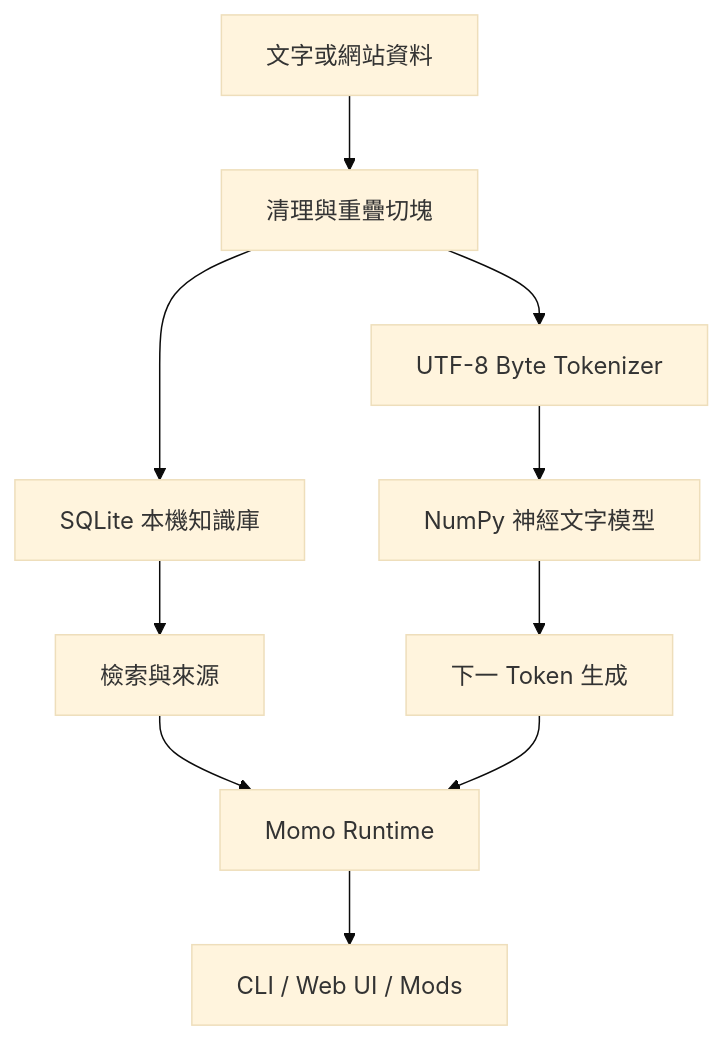
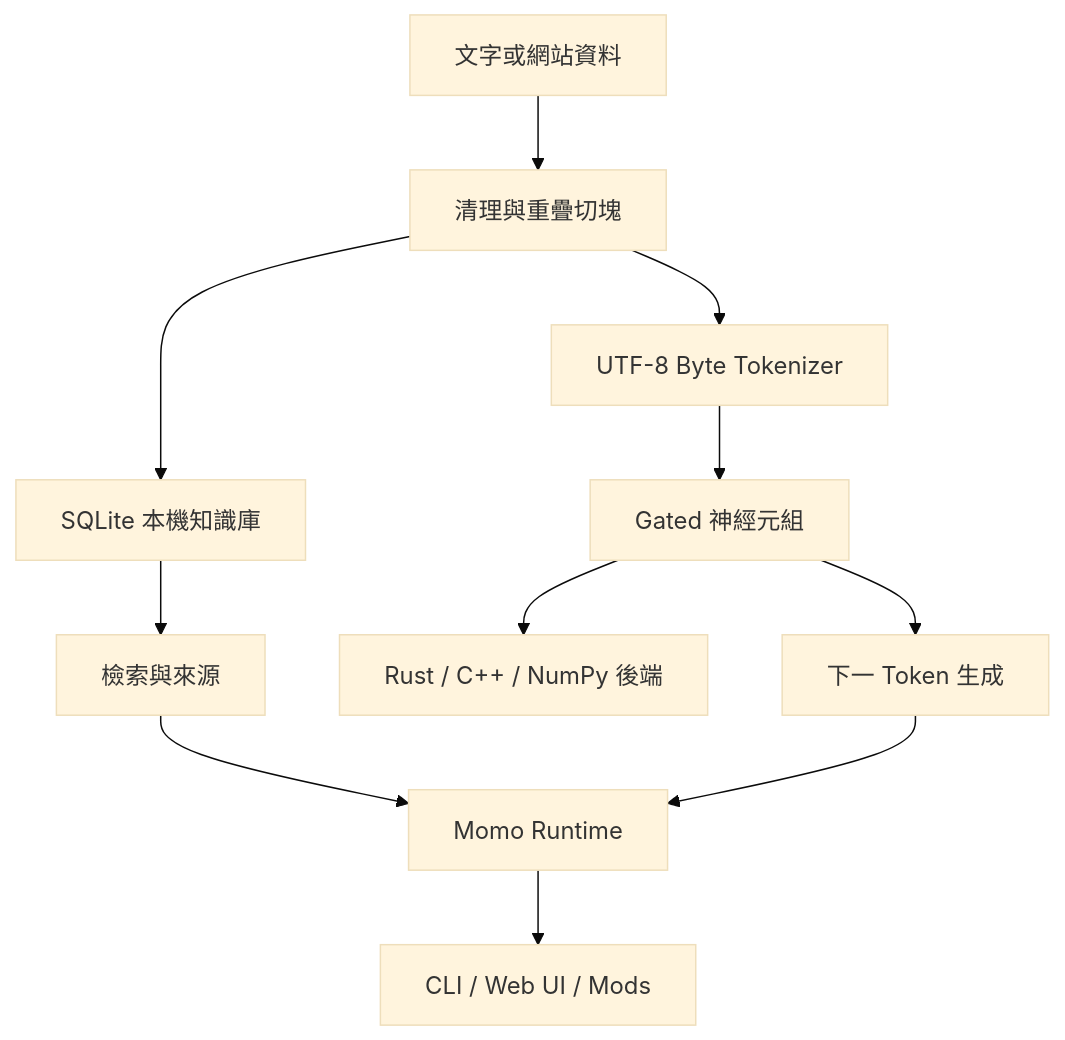
Before and after one commit to YanagiKH/Momo-LM: the diagram in README.md, drawn with Mermaid (base theme). The commit also changed other lines of this file and 37 other files, not shown here.

````diff
--- a/README.md
+++ b/README.md
@@ -226,12 +261,13 @@
 ```mermaid
 flowchart TD
     A["文字或網站資料"] --> B["清理與重疊切塊"]
     B --> C["SQLite 本機知識庫"]
     B --> D["UTF-8 Byte Tokenizer"]
-    D --> E["NumPy 神經文字模型"]
+    D --> E["Gated 神經元組"]
+    E --> J["Rust / C++ / NumPy 後端"]
     C --> F["檢索與來源"]
     E --> G["下一 Token 生成"]
     F --> H["Momo Runtime"]
     G --> H
     H --> I["CLI / Web UI / Mods"]
 ```
````
